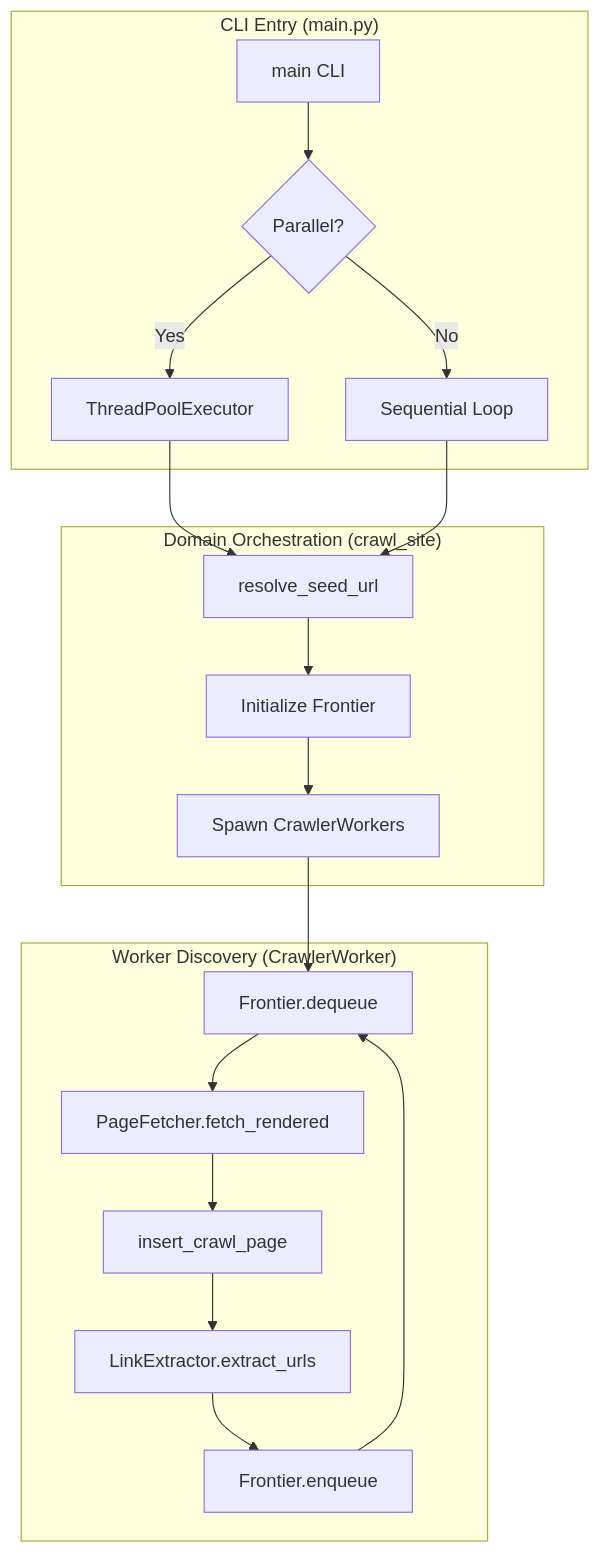
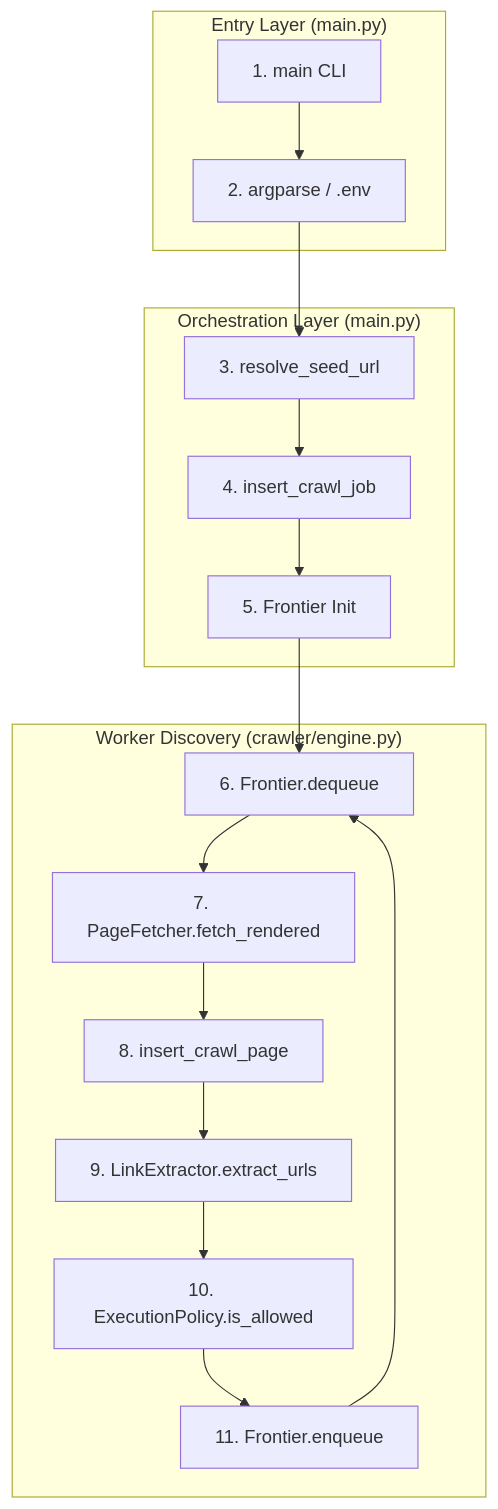
One commit to Ailover123/Defacement-Detection-System changed the diagram in baseline-crawler/docs/crawl_mode.md. Above: the diagram before and after it, drawn with Mermaid. The commit also changed other lines of this file, not shown here.

````diff
--- a/baseline-crawler/docs/crawl_mode.md
+++ b/baseline-crawler/docs/crawl_mode.md
@@ -69,23 +68,22 @@
 ```mermaid
 graph TD
-    subgraph "CLI Entry (main.py)"
-        A[main CLI] --> B{Parallel?}
-        B -- Yes --> C[ThreadPoolExecutor]
-        B -- No --> D[Sequential Loop]
+    subgraph "Entry Layer (main.py)"
+        CLI[1. main CLI] --> PARSE[2. argparse / .env]
     end
 
-    subgraph "Domain Orchestration (crawl_site)"
-        C & D --> E[resolve_seed_url]
-        E --> F[Initialize Frontier]
-        F --> G[Spawn CrawlerWorkers]
+    subgraph "Orchestration Layer (main.py)"
+        PARSE --> SEED[3. resolve_seed_url]
+        SEED --> JOB[4. insert_crawl_job]
+        JOB --> FRONTIER[5. Frontier Init]
     end
 
-    subgraph "Worker Discovery (CrawlerWorker)"
-        G --> H[Frontier.dequeue]
-        H --> I[PageFetcher.fetch_rendered]
-        I --> J[insert_crawl_page]
-        J --> K[LinkExtractor.extract_urls]
-        K --> L[Frontier.enqueue]
-        L --> H
+    subgraph "Worker Discovery (crawler/engine.py)"
+        FRONTIER --> DEQ[6. Frontier.dequeue]
+        DEQ --> FETCH[7. PageFetcher.fetch_rendered]
+        FETCH --> SAVE[8. insert_crawl_page]
+        SAVE --> EXT[9. LinkExtractor.extract_urls]
+        EXT --> FILTER[10. ExecutionPolicy.is_allowed]
+        FILTER --> ENQ[11. Frontier.enqueue]
+        ENQ --> DEQ
     end
 ```
````
